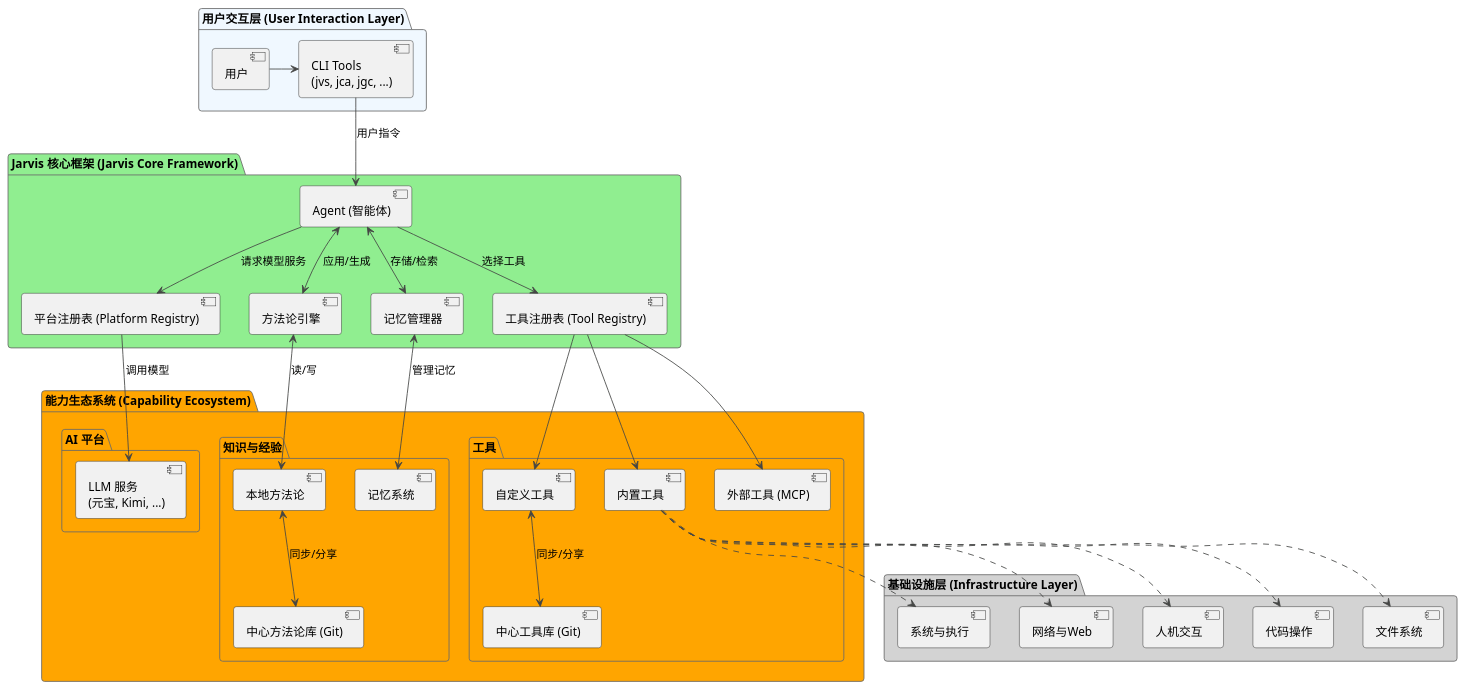
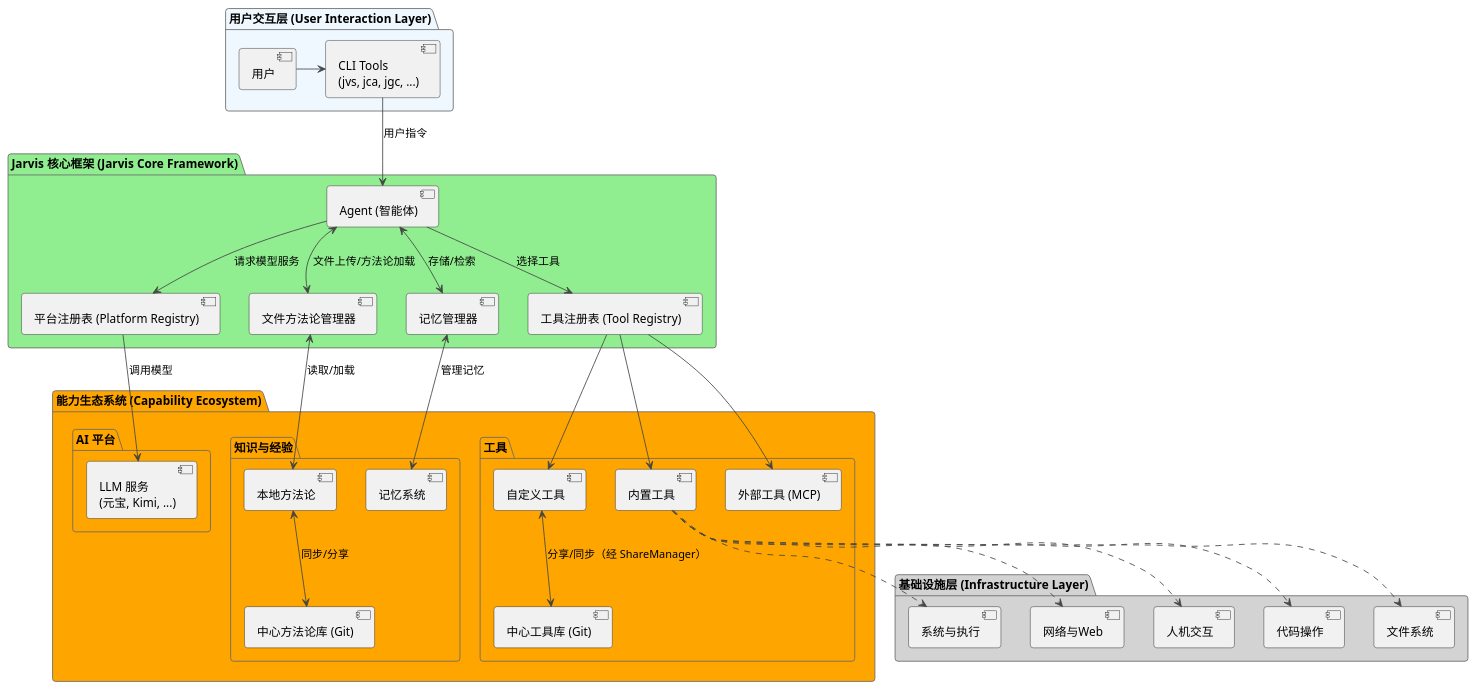
Before and after one commit to skyfireitdiy/Jarvis: the first of 2 diagrams in docs/jarvis_book/1.项目介绍.md, drawn with PlantUML. The commit also changed other lines of this file and 5 other files, not shown here.

````diff
--- a/docs/jarvis_book/1.项目介绍.md
+++ b/docs/jarvis_book/1.项目介绍.md
@@ -63,69 +63,69 @@
 ```plantuml
 @startuml
 !theme vibrant
 
 ' --- Component Definitions ---
 package "用户交互层 (User Interaction Layer)" #AliceBlue {
   [用户] as User
   [CLI Tools\n(jvs, jca, jgc, ...)] as CLI
 }
 
 package "Jarvis 核心框架 (Jarvis Core Framework)" #LightGreen {
   [Agent (智能体)] as Agent
   [平台注册表 (Platform Registry)] as PlatformRegistry
   [工具注册表 (Tool Registry)] as ToolRegistry
-  [方法论引擎] as MethodologyEngine
+  [文件方法论管理器] as FileMethodologyManager
   [记忆管理器] as MemoryManager
 }
 
 package "能力生态系统 (Capability Ecosystem)" #Orange {
   package "AI 平台" as AIPackage {
     [LLM 服务\n(元宝, Kimi, ...)] as LLM
   }
   package "工具" as ToolPackage {
     [内置工具] as BuiltinTools
     [自定义工具] as CustomTools
     [外部工具 (MCP)] as MCPTools
     [中心工具库 (Git)] as CentralTools
   }
   package "知识与经验" as KnowledgePackage {
     [本地方法论] as LocalMethodology
     [中心方法论库 (Git)] as CentralMethodology
     [记忆系统] as MemorySystem
   }
 }
 
 package "基础设施层 (Infrastructure Layer)" #LightGrey {
   [代码操作] as CodeOps
   [文件系统] as FileSystem
   [系统与执行] as SysExecution
   [网络与Web] as WebAccess
   [人机交互] as HumanInteraction
 }
 
 ' --- Relationship Definitions ---
 User -right-> CLI
 CLI -down-> Agent : "用户指令"
 Agent --> PlatformRegistry : "请求模型服务"
 PlatformRegistry --> LLM : "调用模型"
 Agent --> ToolRegistry : "选择工具"
-Agent <--> MethodologyEngine : "应用/生成"
+Agent <--> FileMethodologyManager : "文件上传/方法论加载"
 Agent <--> MemoryManager : "存储/检索"
-MethodologyEngine <--> LocalMethodology : "读/写"
+FileMethodologyManager <--> LocalMethodology : "读取/加载"
 LocalMethodology <--> CentralMethodology : "同步/分享"
 MemoryManager <--> MemorySystem : "管理记忆"
 
 ToolRegistry --> BuiltinTools
 ToolRegistry --> CustomTools
 ToolRegistry --> MCPTools
-CustomTools <--> CentralTools : "同步/分享"
+CustomTools <--> CentralTools : "分享/同步（经 ShareManager）"
 
 BuiltinTools ..> CodeOps
 BuiltinTools ..> FileSystem
 BuiltinTools ..> SysExecution
 BuiltinTools ..> WebAccess
 BuiltinTools ..> HumanInteraction
 
 
 @enduml
 ```
````
